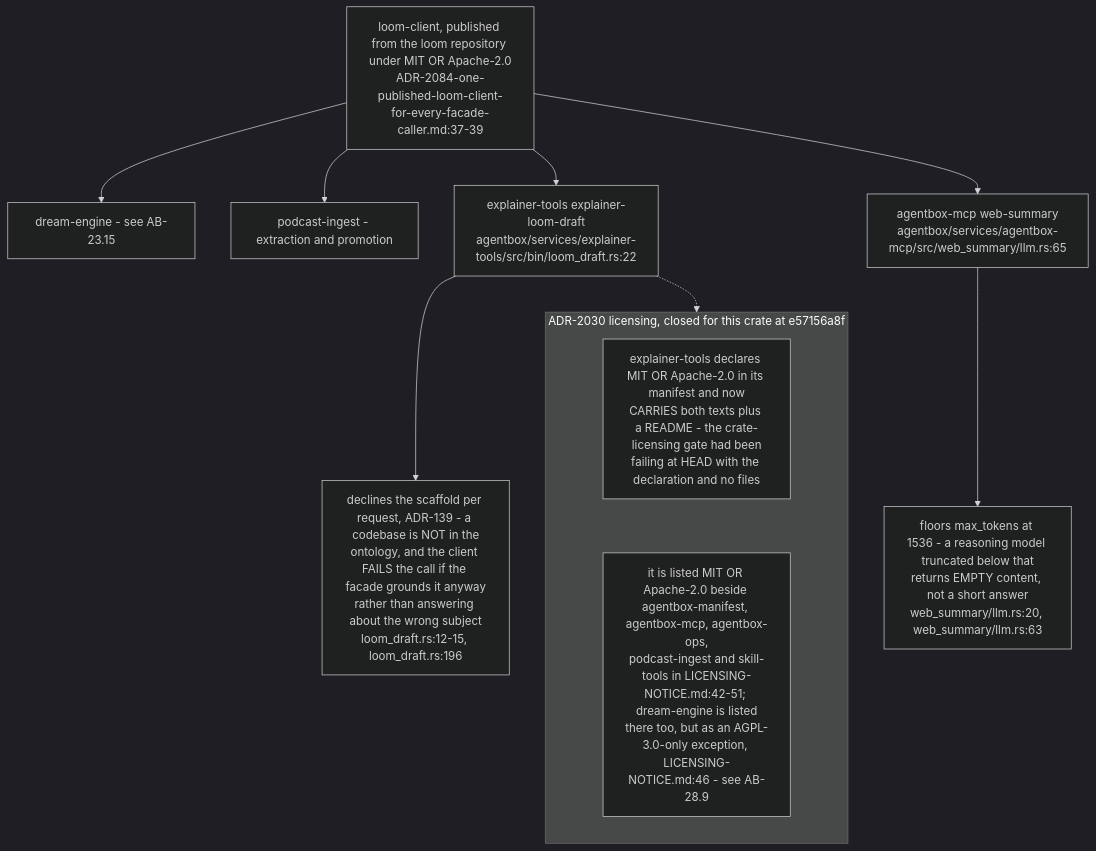
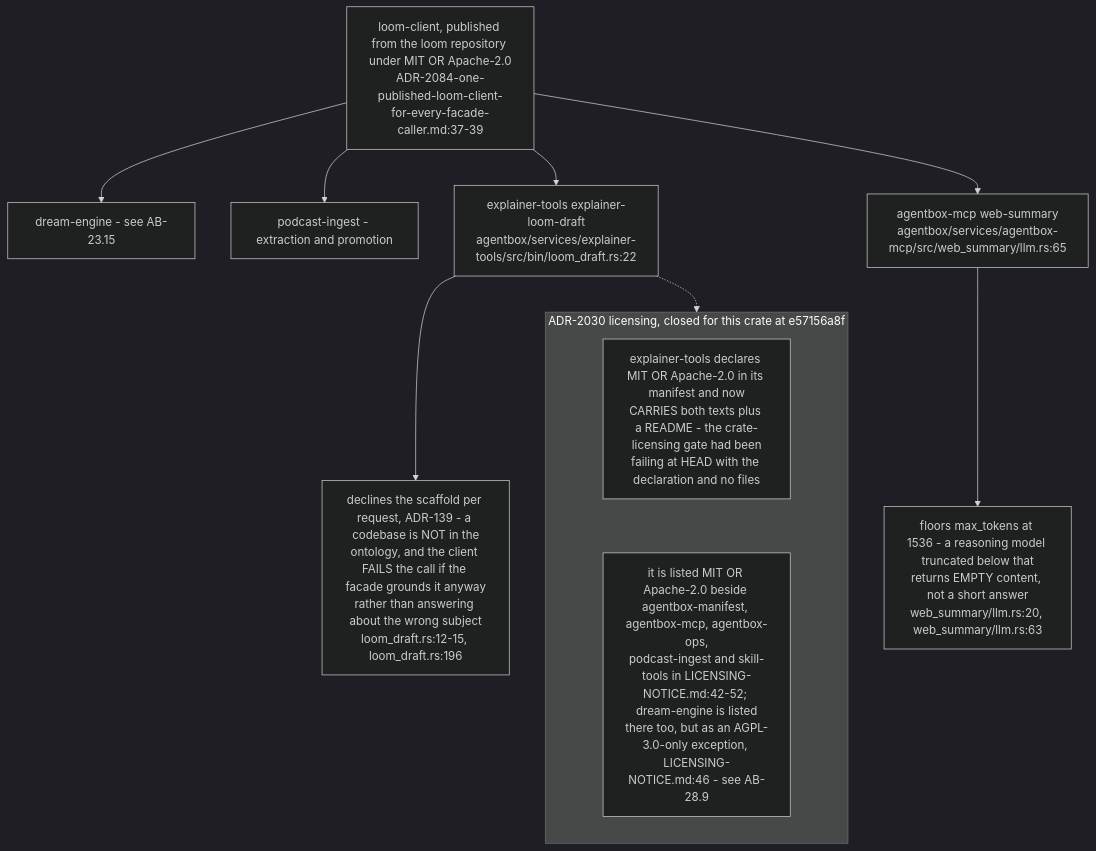
One commit to DreamLab-AI/VisionFlow changed the tenth of 10 diagrams in docs/diagrams/agentbox/28-agentbox-services-and-manifest-binary.md. Above: the diagram before and after it, drawn with Mermaid (dark theme). The commit also changed other lines of this file and 5 other files, not shown here.

````diff
--- a/docs/diagrams/agentbox/28-agentbox-services-and-manifest-binary.md
+++ b/docs/diagrams/agentbox/28-agentbox-services-and-manifest-binary.md
@@ -475,17 +477,17 @@
 ```mermaid
 flowchart TB
     CRATE["loom-client, published from the loom repository under MIT OR Apache-2.0<br/>ADR-2084-one-published-loom-client-for-every-facade-caller.md:37-39"]
     CRATE --> A["dream-engine - see AB-23.15"]
     CRATE --> B["podcast-ingest - extraction and promotion"]
     CRATE --> C["explainer-tools explainer-loom-draft<br/>agentbox/services/explainer-tools/src/bin/loom_draft.rs:22"]
     CRATE --> D["agentbox-mcp web-summary<br/>agentbox/services/agentbox-mcp/src/web_summary/llm.rs:65"]
     C --> C1["declines the scaffold per request, ADR-139 - a codebase is NOT in the<br/>ontology, and the client FAILS the call if the facade grounds it anyway<br/>rather than answering about the wrong subject<br/>loom_draft.rs:12-15, loom_draft.rs:196"]
     D --> D1["floors max_tokens at 1536 - a reasoning model truncated below that<br/>returns EMPTY content, not a short answer<br/>web_summary/llm.rs:20, web_summary/llm.rs:63"]
     subgraph lic["ADR-2030 licensing, closed for this crate at e57156a8f"]
         direction TB
         L1["explainer-tools declares MIT OR Apache-2.0 in its manifest and now<br/>CARRIES both texts plus a README - the crate-licensing gate had been<br/>failing at HEAD with the declaration and no files"]
-        L2["it is listed MIT OR Apache-2.0 beside agentbox-manifest, agentbox-mcp, agentbox-ops,<br/>podcast-ingest and skill-tools in LICENSING-NOTICE.md:42-51; dream-engine is listed<br/>there too, but as an AGPL-3.0-only exception, LICENSING-NOTICE.md:46 - see AB-28.9"]
+        L2["it is listed MIT OR Apache-2.0 beside agentbox-manifest, agentbox-mcp, agentbox-ops,<br/>podcast-ingest and skill-tools in LICENSING-NOTICE.md:42-52; dream-engine is listed<br/>there too, but as an AGPL-3.0-only exception, LICENSING-NOTICE.md:46 - see AB-28.9"]
         L1 ~~~ L2
     end
     C -.-> lic
 ```
````
